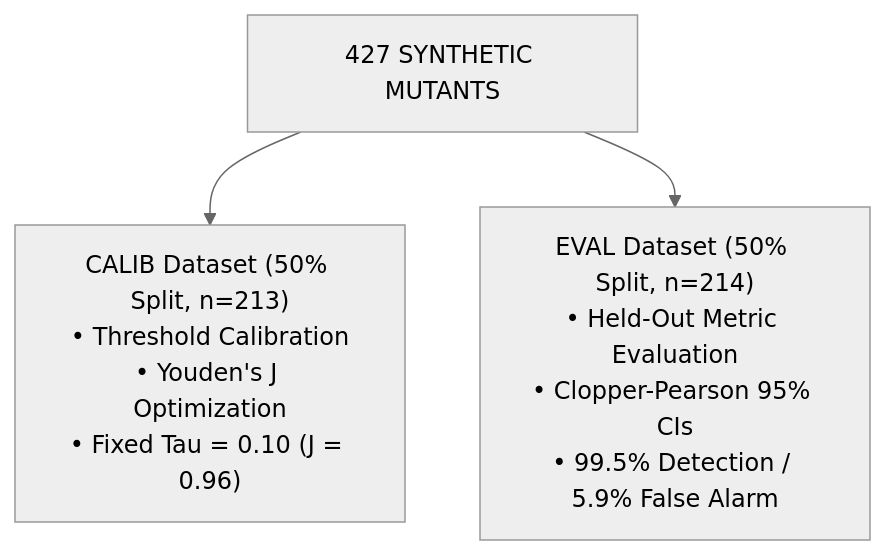
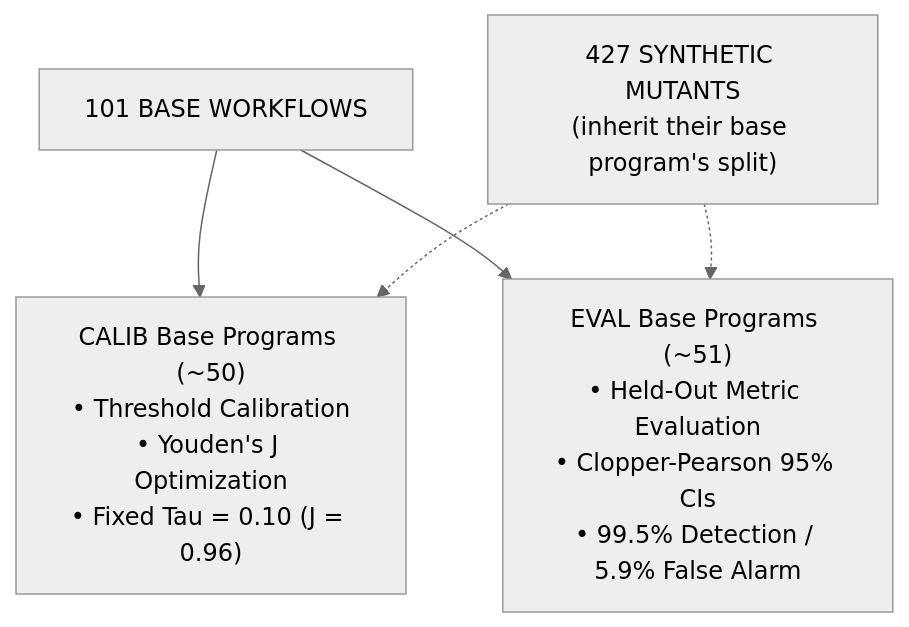
Before and after one commit to FYP-Epsilon/Vibe-Check: the fourth of 4 diagrams in vibecheck-vault/presenting scripts/Module 02 - Presenting Script.md, drawn with Mermaid (neutral theme). The commit also changed other lines of this file and 1 other file, not shown here.

````diff
--- a/vibecheck-vault/presenting scripts/Module 02 - Presenting Script.md
+++ b/vibecheck-vault/presenting scripts/Module 02 - Presenting Script.md
@@ -507,5 +509,7 @@
 ```mermaid
 flowchart TD
-    M["427 SYNTHETIC MUTANTS"] --> CALIB["CALIB Dataset (50% Split, n=213)<br/>• Threshold Calibration<br/>• Youden's J Optimization<br/>• Fixed Tau = 0.10 (J = 0.96)"]
-    M --> EVAL["EVAL Dataset (50% Split, n=214)<br/>• Held-Out Metric Evaluation<br/>• Clopper-Pearson 95% CIs<br/>• 99.5% Detection / 5.9% False Alarm"]
+    B["101 BASE WORKFLOWS"] --> CALIB["CALIB Base Programs (~50)<br/>• Threshold Calibration<br/>• Youden's J Optimization<br/>• Fixed Tau = 0.10 (J = 0.96)"]
+    B --> EVAL["EVAL Base Programs (~51)<br/>• Held-Out Metric Evaluation<br/>• Clopper-Pearson 95% CIs<br/>• 99.5% Detection / 5.9% False Alarm"]
+    M["427 SYNTHETIC MUTANTS<br/>(inherit their base program's split)"] -.-> CALIB
+    M -.-> EVAL
 ```
````
